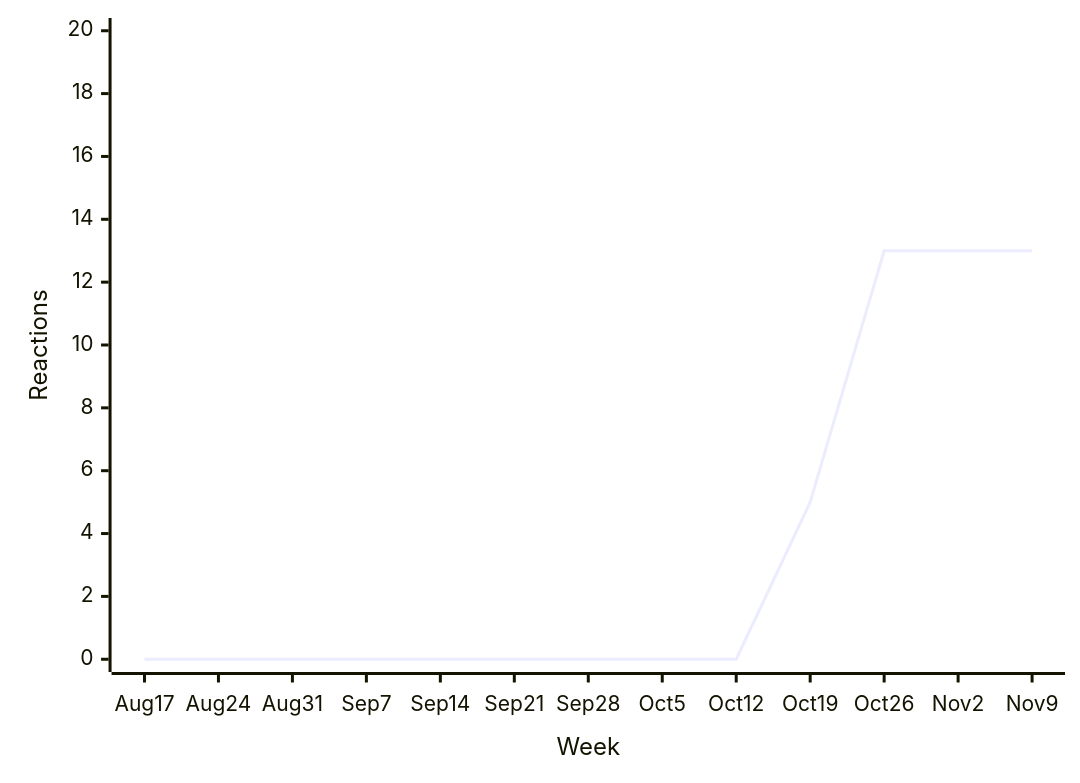
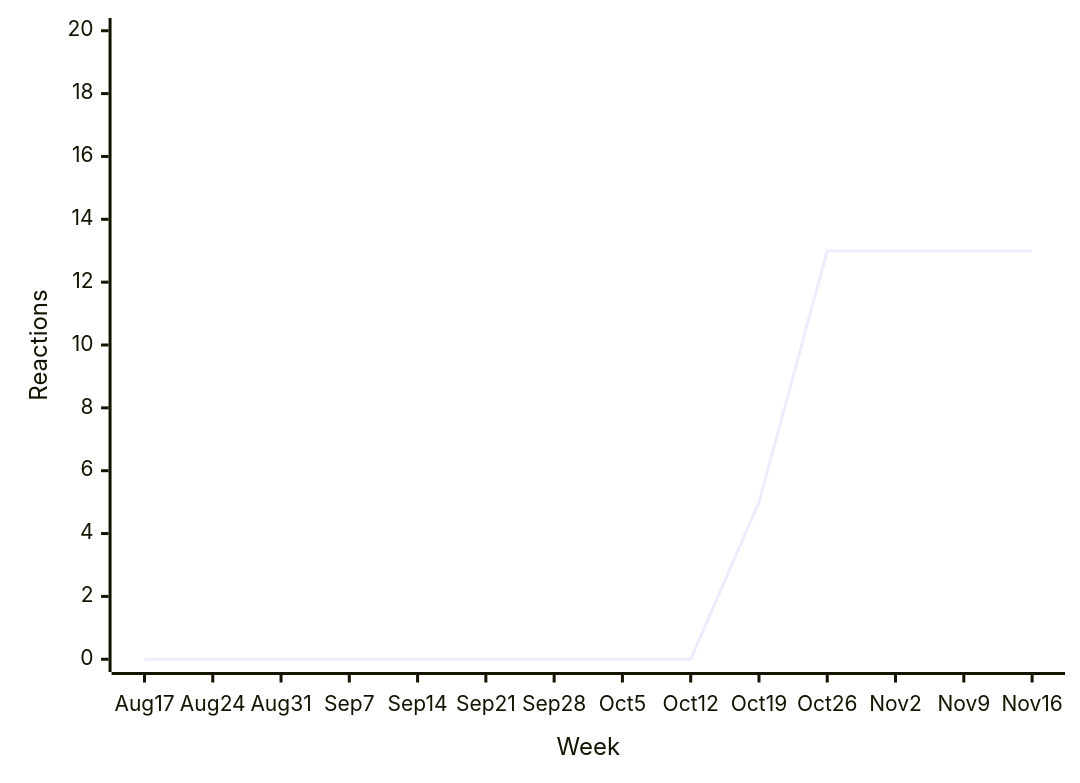
One commit to loic-sharma/github-insights changed the ninth of 38 diagrams in README.md. Above: the diagram before and after it, drawn with Mermaid. The commit also changed other lines of this file and 3 other files, not shown here.

````diff
--- a/README.md
+++ b/README.md
@@ -460,6 +460,6 @@
   ```mermaid
   xychart-beta
-    x-axis "Week" [Aug 17, Aug 24, Aug 31, Sep 7, Sep 14, Sep 21, Sep 28, Oct 5, Oct 12, Oct 19, Oct 26, Nov 2, Nov 9]
+    x-axis "Week" [Aug 17, Aug 24, Aug 31, Sep 7, Sep 14, Sep 21, Sep 28, Oct 5, Oct 12, Oct 19, Oct 26, Nov 2, Nov 9, Nov 16]
     y-axis "Reactions" 0 --> 20
-    line [0, 0, 0, 0, 0, 0, 0, 0, 0, 5, 13, 13, 13]
+    line [0, 0, 0, 0, 0, 0, 0, 0, 0, 5, 13, 13, 13, 13]
   ```
````
